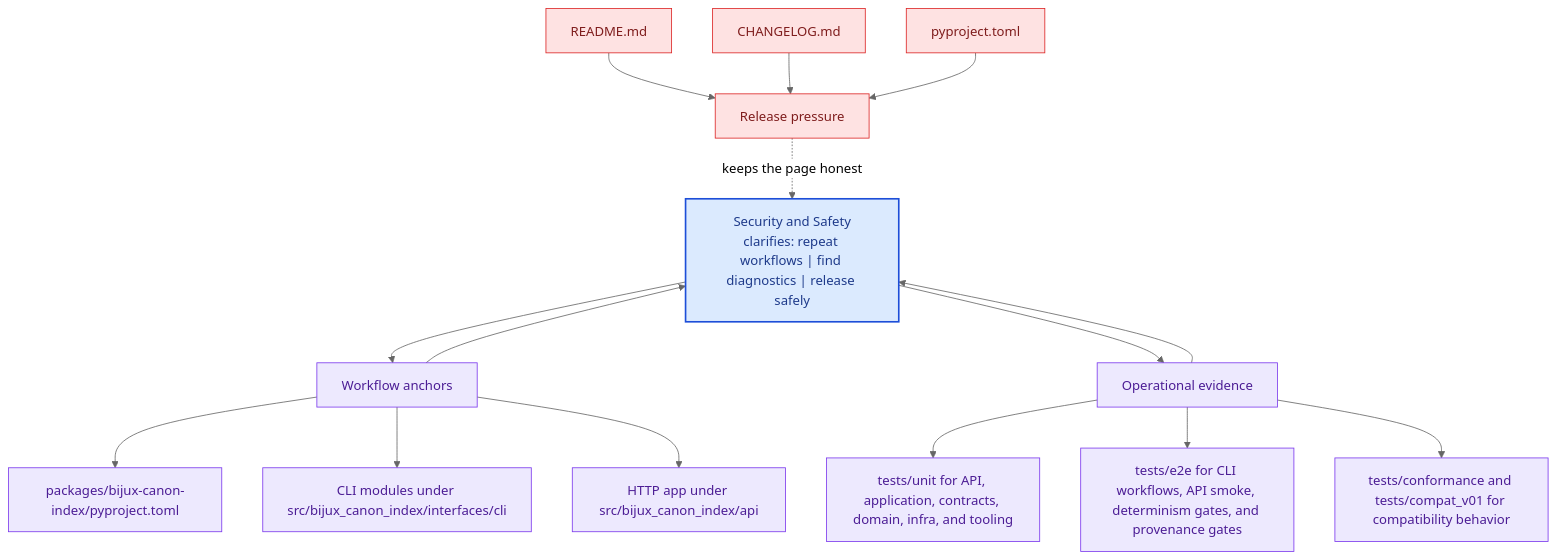
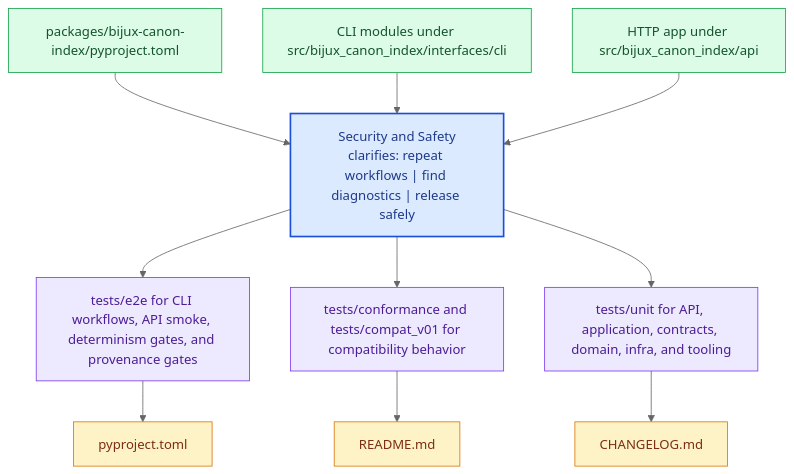
The diagram in docs/bijux-canon-index/operations/security-and-safety.md (bijux/bijux-canon), drawn with Mermaid (neutral theme) before and after one commit. The commit also changed other lines of this file and 281 other files, not shown here.

Commit message:
docs(diagrams): replace repeated mermaid scaffolds with page-specific summaries

````diff
--- a/docs/bijux-canon-index/operations/security-and-safety.md
+++ b/docs/bijux-canon-index/operations/security-and-safety.md
@@ -67,41 +22,31 @@
 ```mermaid
 flowchart TB
-    promise["Security and Safety<br/>clarifies: repeat workflows | find diagnostics | release safely"]
-    classDef promise fill:#dbeafe,stroke:#1d4ed8,color:#1e3a8a,stroke-width:2px;
-    classDef driver fill:#dcfce7,stroke:#16a34a,color:#14532d;
-    classDef constraint fill:#fee2e2,stroke:#dc2626,color:#7f1d1d;
-    classDef ground fill:#ede9fe,stroke:#7c3aed,color:#4c1d95;
-    focus1["Workflow anchors"]
-    focus1 --> promise
-    promise --> focus1
-    focus1_1["packages/bijux-canon-index/pyproject.toml"]
-    focus1 --> focus1_1
-    focus1_2["CLI modules under src/bijux_canon_index/interfaces/cli"]
-    focus1 --> focus1_2
-    focus1_3["HTTP app under src/bijux_canon_index/api"]
-    focus1 --> focus1_3
-    class focus1 ground;
-    class focus1_1,focus1_2,focus1_3 ground;
-    focus2["Operational evidence"]
-    focus2 --> promise
-    promise --> focus2
-    focus2_1["tests/unit for API, application, contracts, domain, infra, and tooling"]
-    focus2 --> focus2_1
-    focus2_2["tests/e2e for CLI workflows, API smoke, determinism gates, and provenance gates"]
-    focus2 --> focus2_2
-    focus2_3["tests/conformance and tests/compat_v01 for compatibility behavior"]
-    focus2 --> focus2_3
-    class focus2 ground;
-    class focus2_1,focus2_2,focus2_3 ground;
-    focus3["Release pressure"]
-    focus3 -.keeps the page honest.-> promise
-    focus3_1["README.md"]
-    focus3_1 --> focus3
-    focus3_2["CHANGELOG.md"]
-    focus3_2 --> focus3
-    focus3_3["pyproject.toml"]
-    focus3_3 --> focus3
-    class focus3 constraint;
-    class focus3_1,focus3_2,focus3_3 constraint;
-    class promise promise;
+    page["Security and Safety<br/>clarifies: repeat workflows | find diagnostics | release safely"]
+    classDef page fill:#dbeafe,stroke:#1d4ed8,color:#1e3a8a,stroke-width:2px;
+    classDef positive fill:#dcfce7,stroke:#16a34a,color:#14532d;
+    classDef caution fill:#fee2e2,stroke:#dc2626,color:#7f1d1d;
+    classDef anchor fill:#ede9fe,stroke:#7c3aed,color:#4c1d95;
+    classDef action fill:#fef3c7,stroke:#d97706,color:#7c2d12;
+    step1["packages/bijux-canon-index/pyproject.toml"]
+    step1 --> page
+    step2["CLI modules under src/bijux_canon_index/interfaces/cli"]
+    step2 --> page
+    step3["HTTP app under src/bijux_canon_index/api"]
+    step3 --> page
+    run1["tests/e2e for CLI workflows, API smoke, determinism gates, and provenance gates"]
+    page --> run1
+    run2["tests/conformance and tests/compat_v01 for compatibility behavior"]
+    page --> run2
+    run3["tests/unit for API, application, contracts, domain, infra, and tooling"]
+    page --> run3
+    release1["pyproject.toml"]
+    run1 --> release1
+    release2["README.md"]
+    run2 --> release2
+    release3["CHANGELOG.md"]
+    run3 --> release3
+    class page page;
+    class step1,step2,step3 positive;
+    class run1,run2,run3 anchor;
+    class release1,release2,release3 action;
 ```
````
